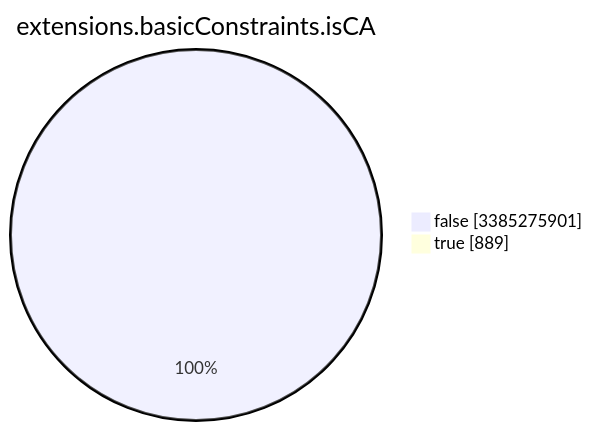
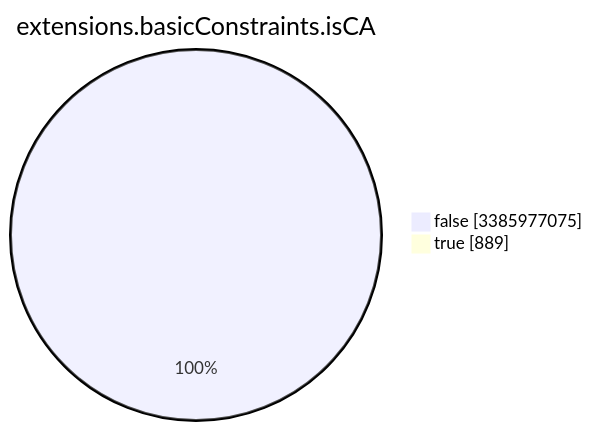
Before and after one commit to christiankrug/ctmonitor_visualization: the seventh of 15 diagrams in TOTAL/README.md, drawn with Mermaid. The commit also changed other lines of this file, not shown here.

````diff
--- a/TOTAL/README.md
+++ b/TOTAL/README.md
@@ -3090,6 +3090,6 @@
 ```mermaid
 pie showData
 title extensions.basicConstraints.isCA
-"false" :3385275901
+"false" :3385977075
 "true" :889
 ```
````
